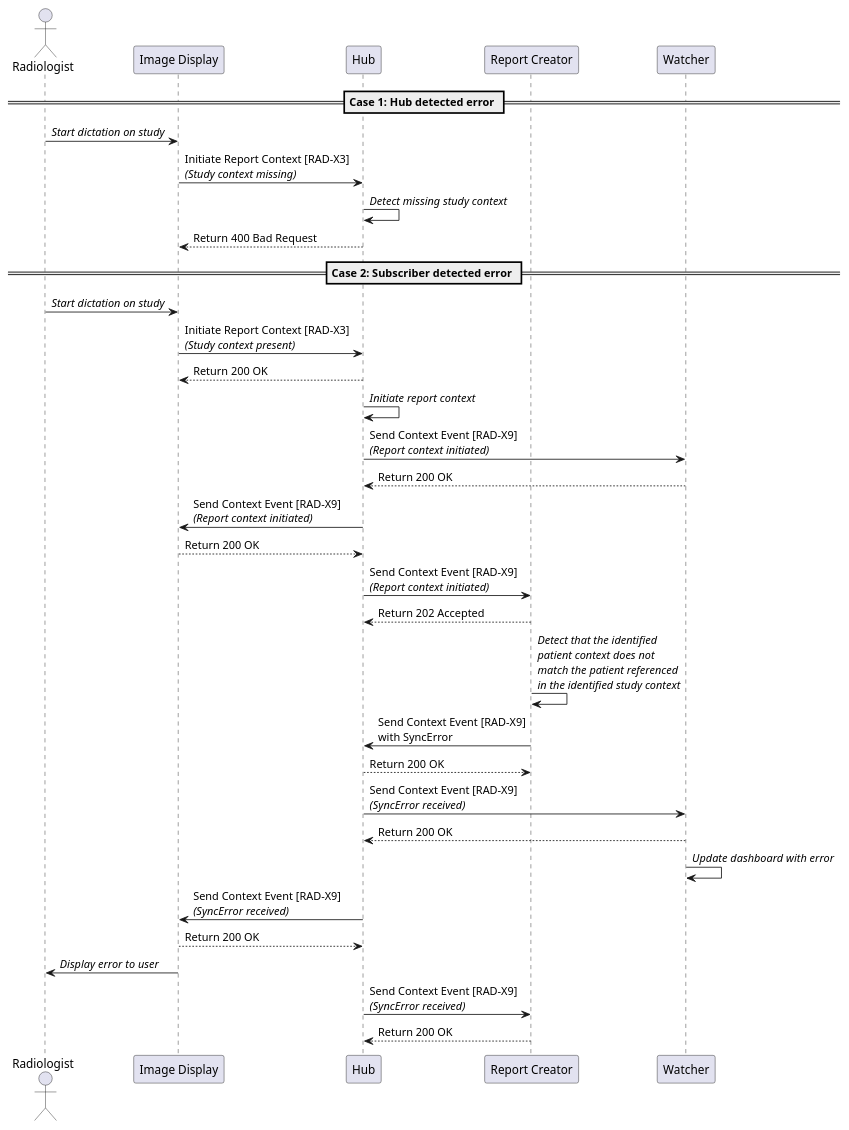
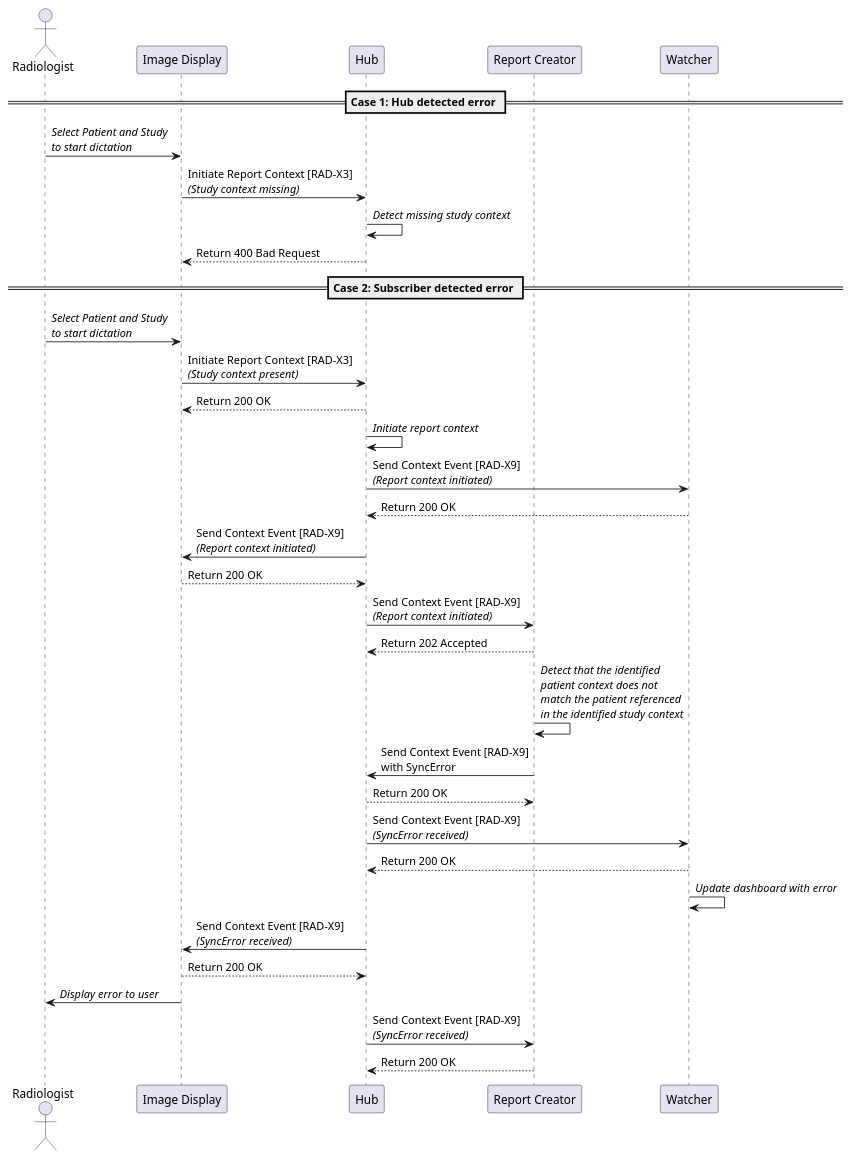
Before and after one commit to IHE/RAD.IRA: the diagram in input/images-source/syncerror_use_case.plantuml, drawn with PlantUML.

Commit message:
Changed initial trigger to select patient and study.

```diff
--- a/input/images-source/syncerror_use_case.plantuml
+++ b/input/images-source/syncerror_use_case.plantuml
@@ -1,40 +1,40 @@
 @startuml
 
 actor Radiologist as User
 participant "Image Display" as PACS
 participant "Hub" as Hub
 participant "Report Creator" as Report
 participant "Watcher" as Watcher
 
 == Case 1: Hub detected error ==
 
-User->PACS: //Start dictation on study//
+User->PACS: //Select Patient and Study//\n//to start dictation//
 PACS->Hub: Initiate Report Context [RAD-X3]\n//(Study context missing)//
 Hub->Hub: //Detect missing study context//
 Hub-->PACS: Return 400 Bad Request
 
 == Case 2: Subscriber detected error ==
 
-User->PACS: //Start dictation on study//
+User->PACS: //Select Patient and Study//\n//to start dictation//
 PACS->Hub: Initiate Report Context [RAD-X3]\n//(Study context present)//
 Hub-->PACS: Return 200 OK
 Hub->Hub: //Initiate report context//
 Hub->Watcher: Send Context Event [RAD-X9]\n//(Report context initiated)//
 Watcher-->Hub: Return 200 OK
 Hub->PACS: Send Context Event [RAD-X9]\n//(Report context initiated)//
 PACS-->Hub: Return 200 OK
 Hub->Report: Send Context Event [RAD-X9]\n//(Report context initiated)//
 Report-->Hub: Return 202 Accepted
 Report->Report: //Detect that the identified//\n//patient context does not//\n//match the patient referenced//\n//in the identified study context//
 Report->Hub: Send Context Event [RAD-X9]\nwith SyncError
 Hub-->Report: Return 200 OK
 Hub->Watcher: Send Context Event [RAD-X9]\n//(SyncError received)//
 Watcher-->Hub: Return 200 OK
 Watcher->Watcher: //Update dashboard with error//
 Hub->PACS: Send Context Event [RAD-X9]\n//(SyncError received)//
 PACS-->Hub: Return 200 OK
 PACS->User: //Display error to user//
 Hub->Report: Send Context Event [RAD-X9]\n//(SyncError received)//
 Report-->Hub: Return 200 OK
 
 @enduml
```
